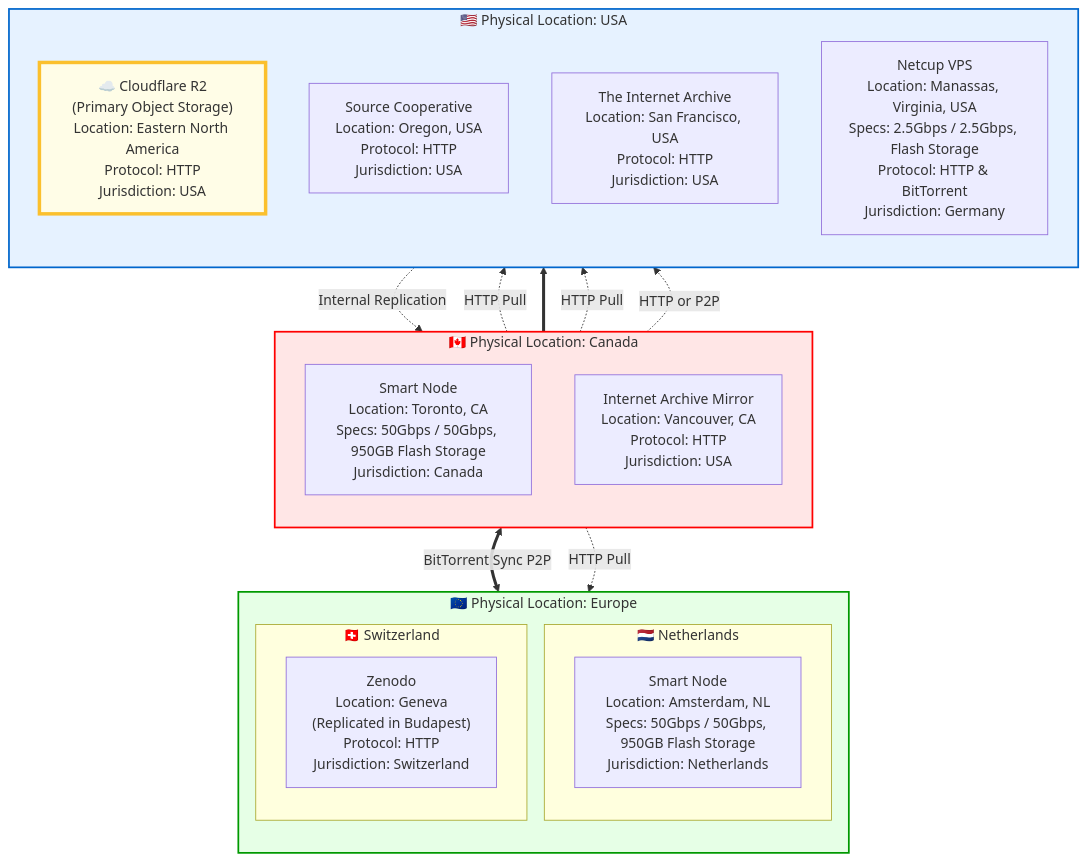
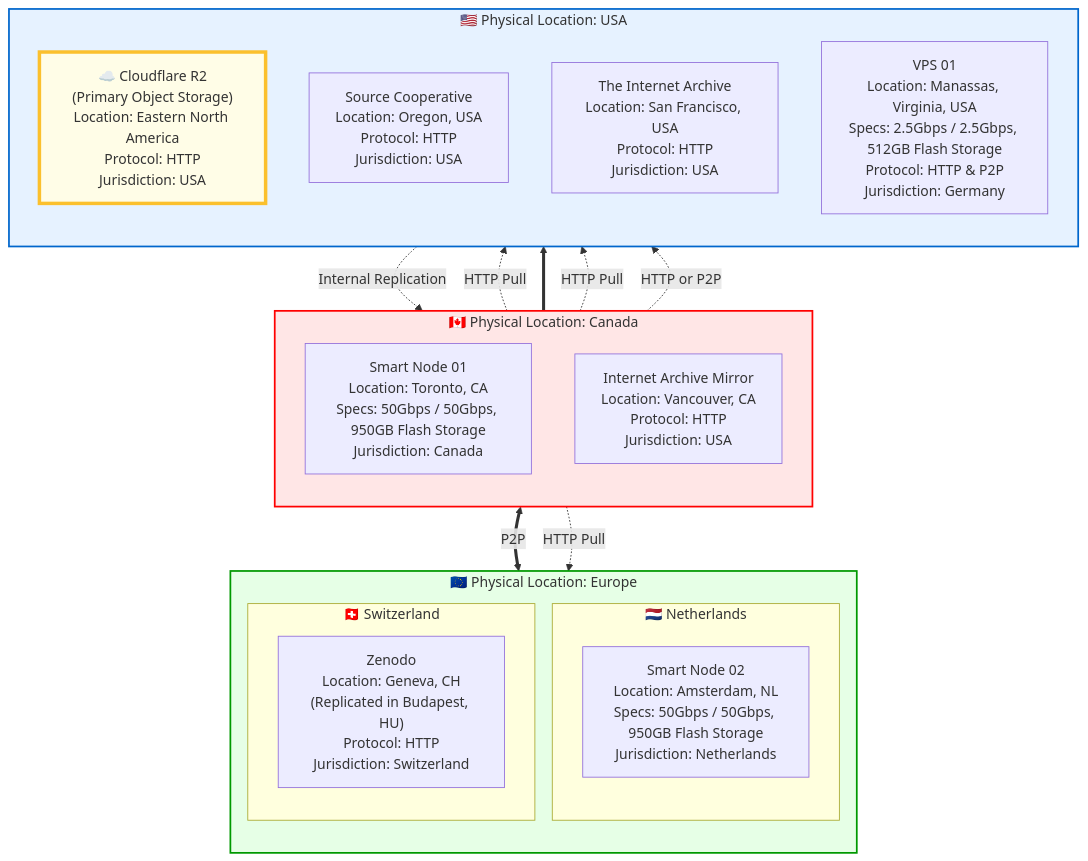
Before and after one commit to dataforcanada/decentralized-distribution-labs: the third of 3 diagrams in README.md, drawn with Mermaid. The commit also changed other lines of this file, not shown here.

```diff
--- a/README.md
+++ b/README.md
@@ -164,7 +169,7 @@
     %% ---------------------------------------------------------
     subgraph Canada_Region ["🇨🇦 Physical Location: Canada"]
         direction TB
-        NodeTO["Smart Node
+        NodeTO["Smart Node 01
 Location: Toronto, CA
 Specs: 50Gbps / 50Gbps, 950GB Flash Storage
 Jurisdiction: Canada"]
@@ -196,10 +201,10 @@
 Protocol: HTTP
 Jurisdiction: USA"]
         
-        Netcup["Netcup VPS
+        Netcup["VPS 01
 Location: Manassas, Virginia, USA
-Specs: 2.5Gbps / 2.5Gbps, Flash Storage
-Protocol: HTTP & BitTorrent
+Specs: 2.5Gbps / 2.5Gbps, 512GB Flash Storage
+Protocol: HTTP & P2P
 Jurisdiction: Germany"]
     end
 
@@ -209,7 +214,7 @@
     subgraph Europe_Region ["🇪🇺 Physical Location: Europe"]
         direction TB
         subgraph Netherlands ["🇳🇱 Netherlands"]
-            NodeAMS["Smart Node
+            NodeAMS["Smart Node 02
 Location: Amsterdam, NL
 Specs: 50Gbps / 50Gbps, 950GB Flash Storage
 Jurisdiction: Netherlands"]
@@ -217,8 +222,8 @@
         
         subgraph Switzerland ["🇨🇭 Switzerland"]
             Zenodo["Zenodo
-Location: Geneva
-(Replicated in Budapest)
+Location: Geneva, CH
+(Replicated in Budapest, HU)
 Protocol: HTTP
 Jurisdiction: Switzerland"]
         end
@@ -228,7 +233,7 @@
     %% CONNECTIONS
     %% ---------------------------------------------------------
     
-    NodeTO <==>|BitTorrent Sync P2P| NodeAMS
+    NodeTO <==>|P2P| NodeAMS
     IA_SF -.->|Internal Replication| IA_Van
     
     NodeTO -.->|HTTP Pull| SourceCoop
```
